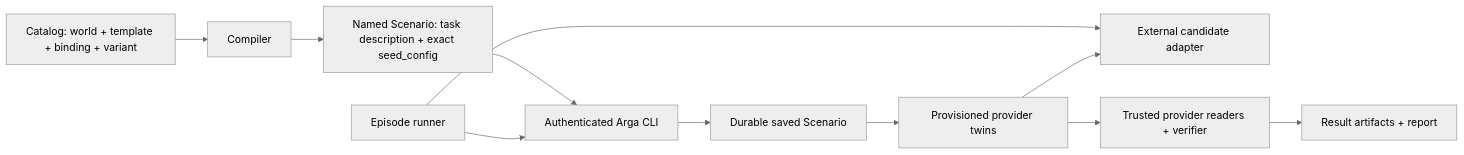
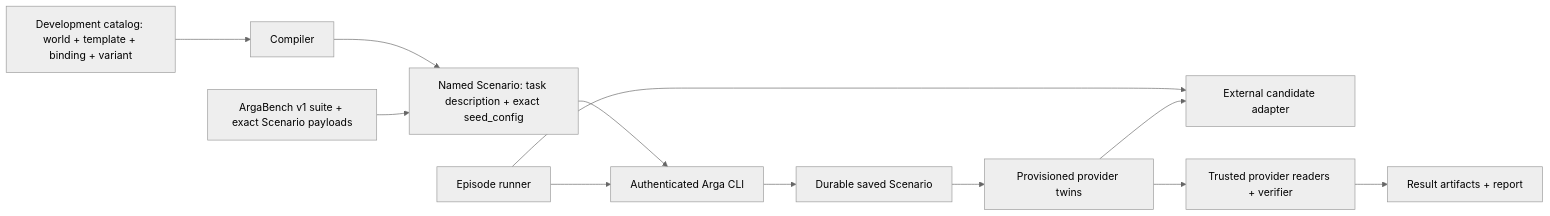
The diagram in docs/architecture.md (ArgaLabs/arga-twins-benchmark), drawn with Mermaid (neutral theme) before and after one commit. The commit also changed other lines of this file and 16 other files, not shown here.

Commit message:
docs: distinguish ArgaBench from development pilot (#11)

````diff
--- a/docs/architecture.md
+++ b/docs/architecture.md
@@ -7,13 +13,14 @@
 ```mermaid
 flowchart LR
-    C["Catalog: world + template + binding + variant"] --> P["Compiler"]
+    C["Development catalog: world + template + binding + variant"] --> P["Compiler"]
     P --> S["Named Scenario: task description + exact seed_config"]
+    A["ArgaBench v1 suite + exact Scenario payloads"] --> S
     S --> CLI["Authenticated Arga CLI"]
     CLI --> RGS["Durable saved Scenario"]
     RGS --> T["Provisioned provider twins"]
     R["Episode runner"] --> CLI
     R --> I["External candidate adapter"]
     T --> I
     T --> V["Trusted provider readers + verifier"]
     V --> O["Result artifacts + report"]
 ```
````
